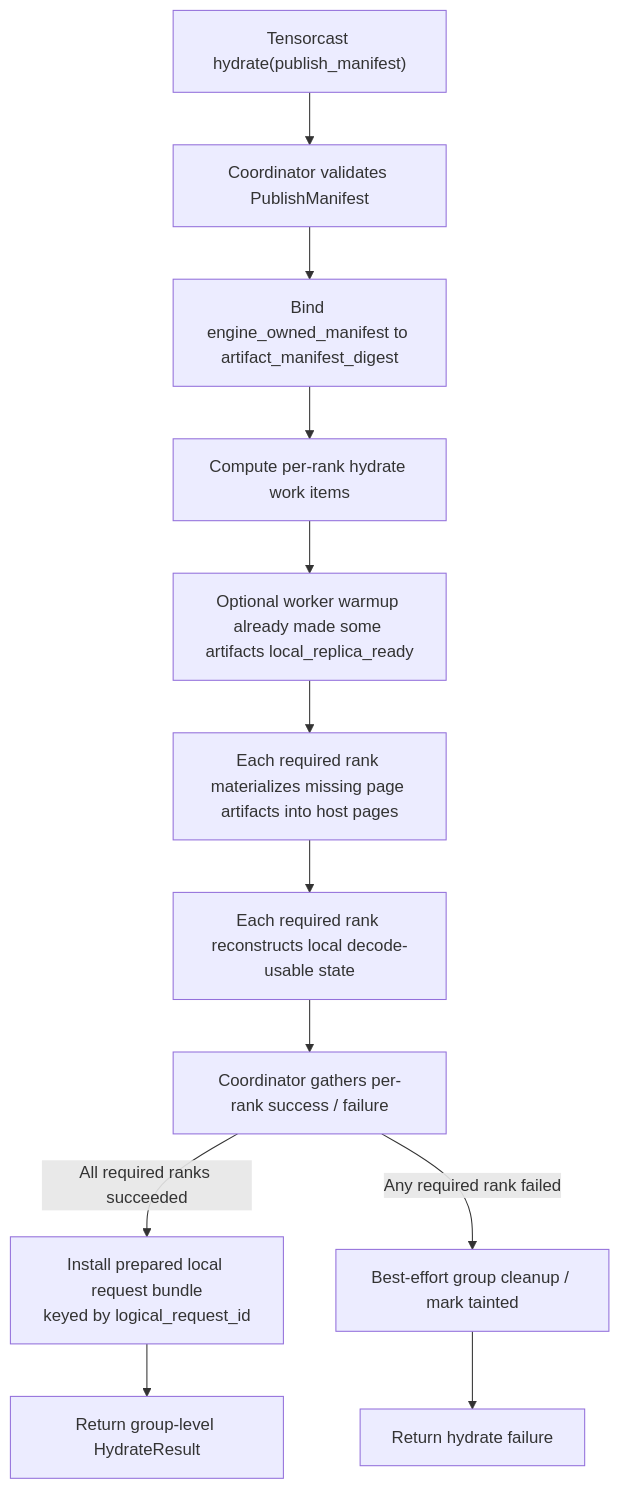
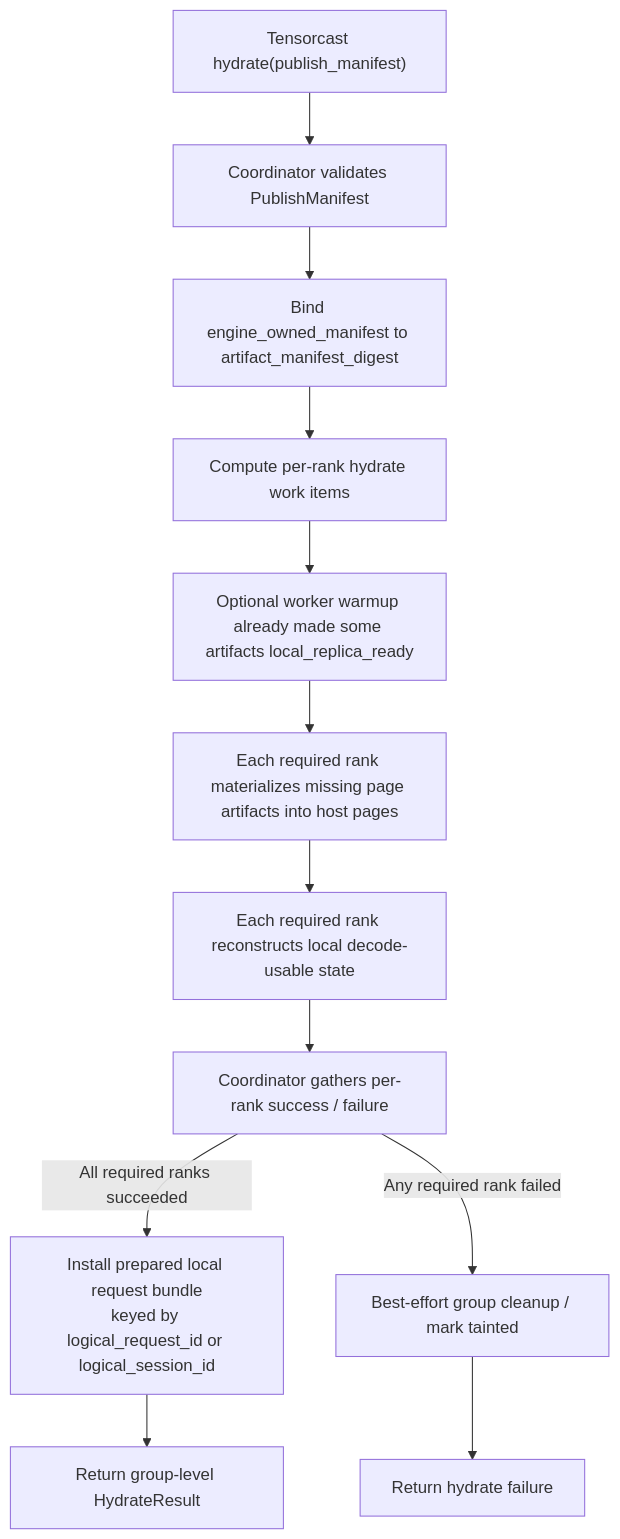
Before and after one commit to tensorcast-ai/sglang: diagram 18 of 24 in docs/tensorcast/tensorcast_kv_integration.md, drawn with Mermaid. The commit also changed other lines of this file and 33 other files, not shown here.

````diff
--- a/docs/tensorcast/tensorcast_kv_integration.md
+++ b/docs/tensorcast/tensorcast_kv_integration.md
@@ -1821,14 +1988,14 @@
 ```mermaid
 flowchart TD
     A["Tensorcast hydrate(publish_manifest)"] --> B["Coordinator validates PublishManifest"]
     B --> C["Bind engine_owned_manifest to artifact_manifest_digest"]
     C --> D["Compute per-rank hydrate work items"]
     D --> E["Optional worker warmup already made some artifacts local_replica_ready"]
     E --> F["Each required rank materializes missing page artifacts into host pages"]
     F --> G["Each required rank reconstructs local decode-usable state"]
     G --> H["Coordinator gathers per-rank success / failure"]
-    H -->|All required ranks succeeded| I["Install prepared local request bundle<br/>keyed by logical_request_id"]
+    H -->|All required ranks succeeded| I["Install prepared local request bundle<br/>keyed by logical_request_id or logical_session_id"]
     H -->|Any required rank failed| J["Best-effort group cleanup / mark tainted"]
     I --> K["Return group-level HydrateResult"]
     J --> L["Return hydrate failure"]
 ```
````
